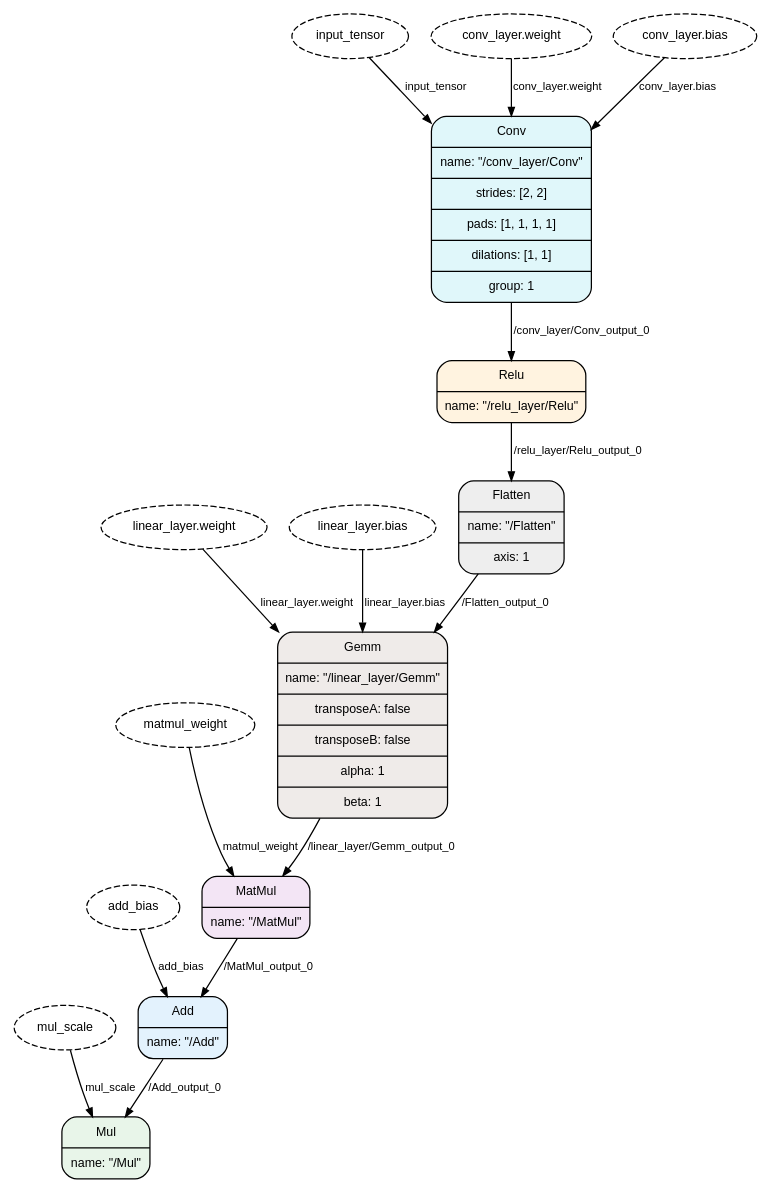
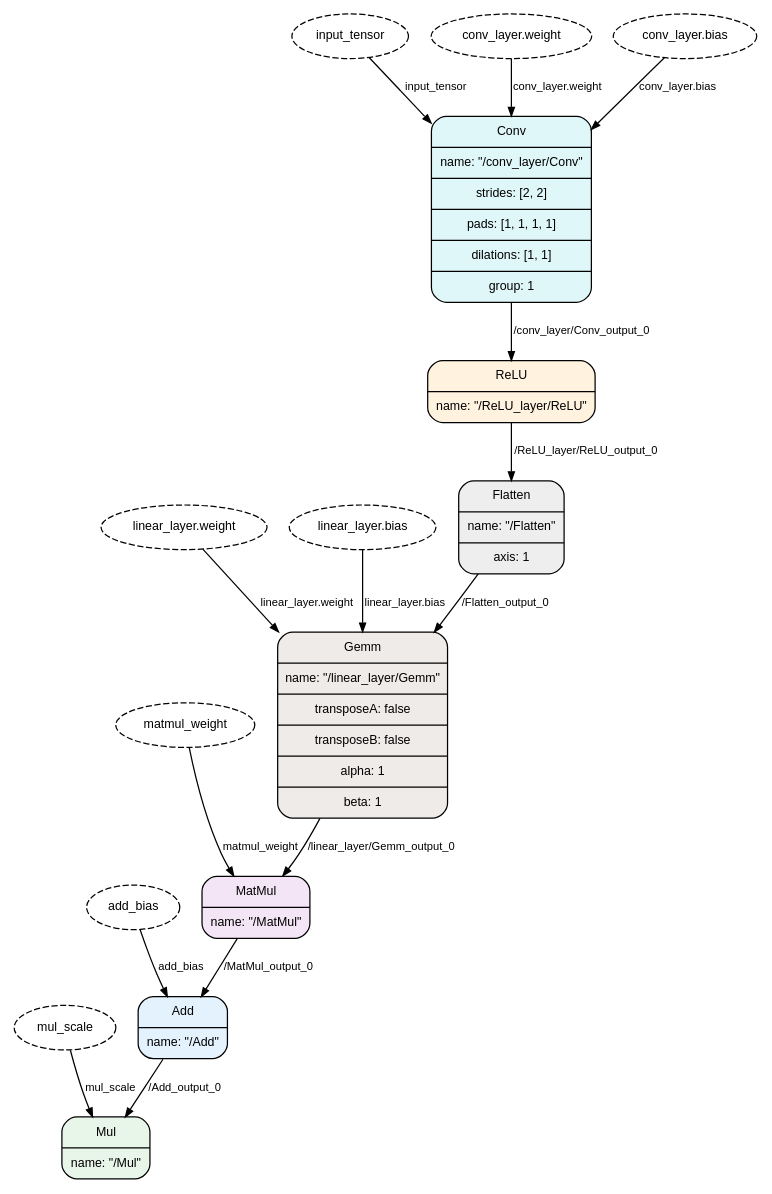
The diagram in data/output.dot (novalGear/Tensor-compiler), drawn with Graphviz before and after one commit. The commit also changed 32 other files, not shown here.

```diff
--- a/data/output.dot
+++ b/data/output.dot
@@ -1,37 +1,37 @@
 digraph Model {
   rankdir=TB;
   bgcolor="white";
   node [shape=record, style="rounded,filled", fontname="Arial", fontsize=10, margin=0.1];
   edge [fontname="Arial", fontsize=9, arrowsize=0.7];
 
   n0 [label="{ Conv | name: \"/conv_layer/Conv\" | strides: [2, 2] | pads: [1, 1, 1, 1] | dilations: [1, 1] | group: 1 }", fillcolor="#E0F7FA"];
-  n1 [label="{ Relu | name: \"/relu_layer/Relu\" }", fillcolor="#FFF3E0"];
+  n1 [label="{ ReLU | name: \"/ReLU_layer/ReLU\" }", fillcolor="#FFF3E0"];
   n2 [label="{ Flatten | name: \"/Flatten\" | axis: 1 }", fillcolor="#EEEEEE"];
   n3 [label="{ Gemm | name: \"/linear_layer/Gemm\" | transposeA: false | transposeB: false | alpha: 1 | beta: 1 }", fillcolor="#EFEBE9"];
   n4 [label="{ MatMul | name: \"/MatMul\" }", fillcolor="#F3E5F5"];
   n5 [label="{ Add | name: \"/Add\" }", fillcolor="#E3F2FD"];
   n6 [label="{ Mul | name: \"/Mul\" }", fillcolor="#E8F5E9"];
 
   "input_tensor" [shape=ellipse, style=dashed, fillcolor="white", label="input_tensor"];
   "input_tensor" -> n0 [label="input_tensor"];
   "conv_layer.weight" [shape=ellipse, style=dashed, fillcolor="white", label="conv_layer.weight"];
   "conv_layer.weight" -> n0 [label="conv_layer.weight"];
   "conv_layer.bias" [shape=ellipse, style=dashed, fillcolor="white", label="conv_layer.bias"];
   "conv_layer.bias" -> n0 [label="conv_layer.bias"];
   n0 -> n1 [label="/conv_layer/Conv_output_0"];
-  n1 -> n2 [label="/relu_layer/Relu_output_0"];
+  n1 -> n2 [label="/ReLU_layer/ReLU_output_0"];
   n2 -> n3 [label="/Flatten_output_0"];
   "linear_layer.weight" [shape=ellipse, style=dashed, fillcolor="white", label="linear_layer.weight"];
   "linear_layer.weight" -> n3 [label="linear_layer.weight"];
   "linear_layer.bias" [shape=ellipse, style=dashed, fillcolor="white", label="linear_layer.bias"];
   "linear_layer.bias" -> n3 [label="linear_layer.bias"];
   n3 -> n4 [label="/linear_layer/Gemm_output_0"];
   "matmul_weight" [shape=ellipse, style=dashed, fillcolor="white", label="matmul_weight"];
   "matmul_weight" -> n4 [label="matmul_weight"];
   n4 -> n5 [label="/MatMul_output_0"];
   "add_bias" [shape=ellipse, style=dashed, fillcolor="white", label="add_bias"];
   "add_bias" -> n5 [label="add_bias"];
   n5 -> n6 [label="/Add_output_0"];
   "mul_scale" [shape=ellipse, style=dashed, fillcolor="white", label="mul_scale"];
   "mul_scale" -> n6 [label="mul_scale"];
 }
```
